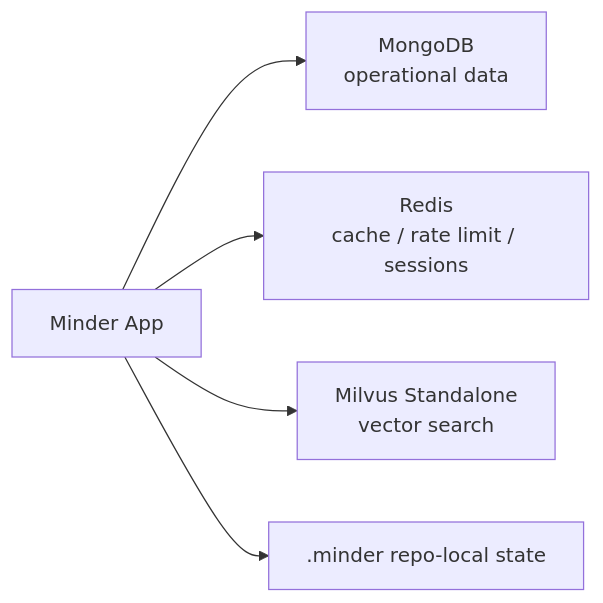
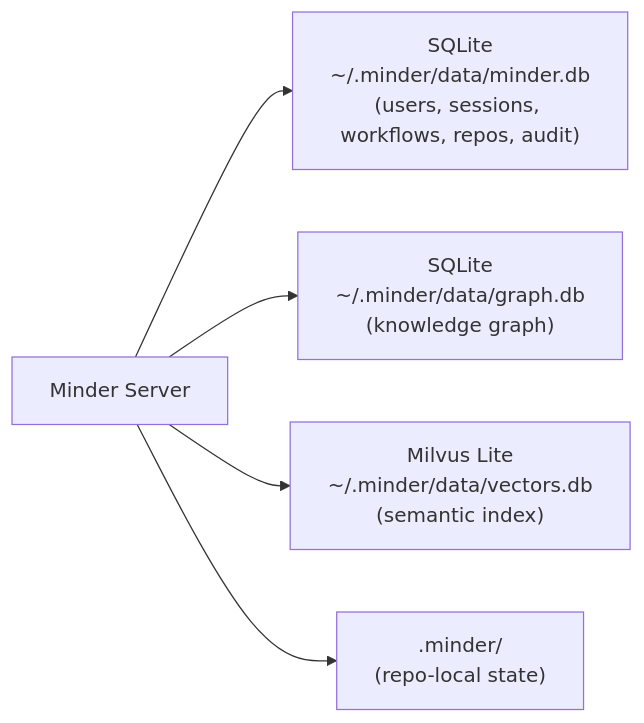
The fifth of 8 diagrams in docs/architecture/system-design.md (hiimtrung/minder), drawn with Mermaid before and after one commit. The commit also changed other lines of this file and 69 other files, not shown here.

````diff
--- a/docs/architecture/system-design.md
+++ b/docs/architecture/system-design.md
@@ -201,7 +161,7 @@
 ```mermaid
 flowchart LR
-    App["Minder App"] --> Mongo["MongoDB<br/>operational data"]
-    App --> Redis["Redis<br/>cache / rate limit / sessions"]
-    App --> Milvus["Milvus Standalone<br/>vector search"]
-    App --> RepoState[".minder repo-local state"]
+    App["Minder Server"] --> SQLiteRel["SQLite\n~/.minder/data/minder.db\n(users, sessions, workflows, repos, audit)"]
+    App --> SQLiteGraph["SQLite\n~/.minder/data/graph.db\n(knowledge graph)"]
+    App --> MilvusLite["Milvus Lite\n~/.minder/data/vectors.db\n(semantic index)"]
+    App --> RepoState[".minder/\n(repo-local state)"]
 ```
````
